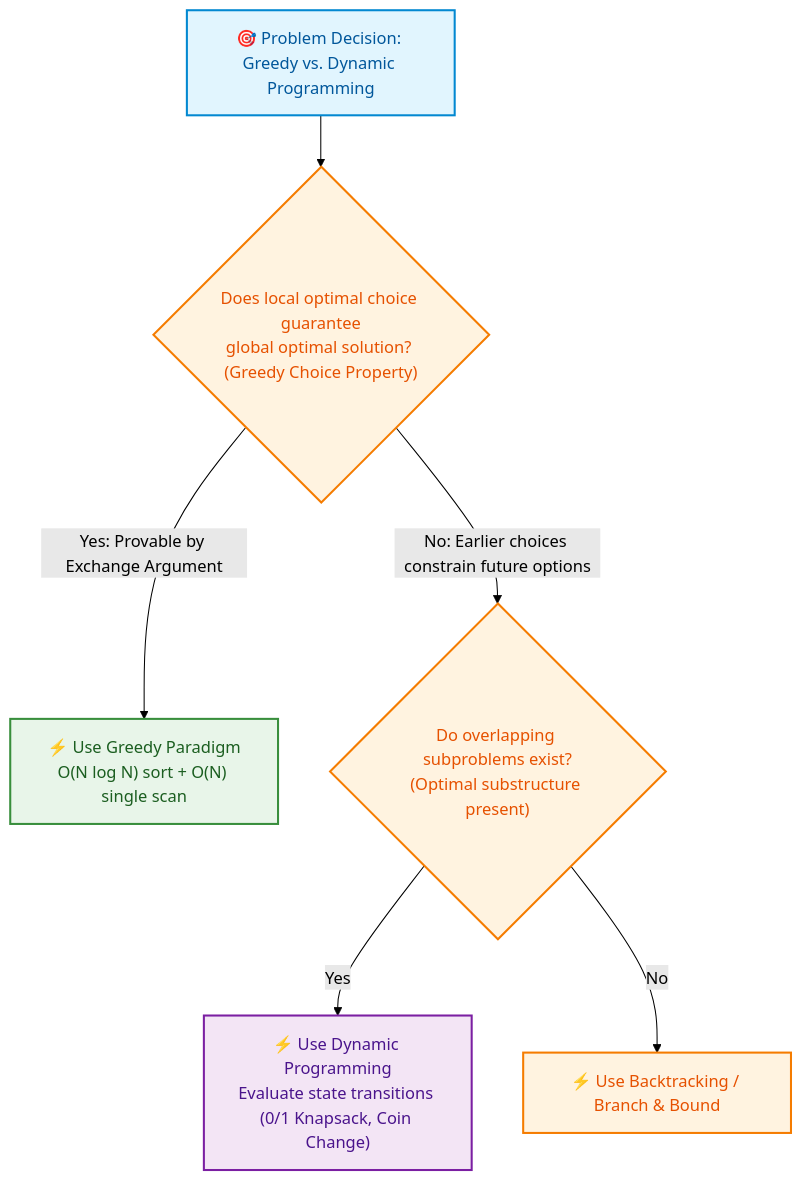
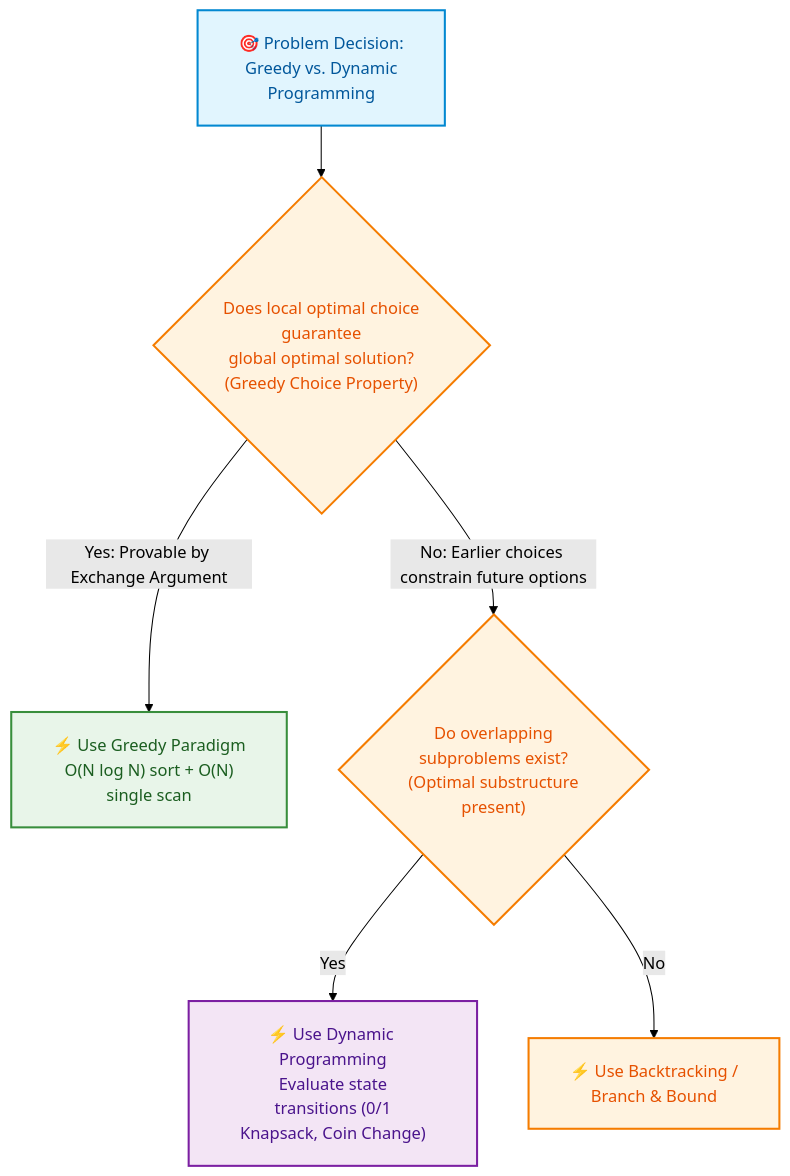
Before and after one commit to dip4k/DSA_102: the second of 4 diagrams in week_12_greedy_and_paradigms/Week_12_Visual_Concepts_Playbook_HYBRID.md, drawn with Mermaid (forest theme). The commit also changed other lines of this file and 108 other files, not shown here.

First line of the commit message:
fix(mermaid): resolve diagram clipping, padding, and syntax issues across repo

````diff
--- a/week_12_greedy_and_paradigms/Week_12_Visual_Concepts_Playbook_HYBRID.md
+++ b/week_12_greedy_and_paradigms/Week_12_Visual_Concepts_Playbook_HYBRID.md
@@ -92,14 +93,15 @@
 ```mermaid
+%%{init: {"flowchart": {"htmlLabels": true, "padding": 20}}}%%
 flowchart TD
     classDef start fill:#e1f5fe,stroke:#0288d1,color:#01579b,stroke-width:2px;
     classDef choice fill:#fff3e0,stroke:#f57c00,color:#e65100,stroke-width:2px;
     classDef gr fill:#e8f5e9,stroke:#388e3c,color:#1b5e20,stroke-width:2px;
     classDef dp fill:#f3e5f5,stroke:#7b1fa2,color:#4a148c,stroke-width:2px;
 
-    R["🎯 Problem Decision: Greedy vs. Dynamic Programming"]:::start
-    R --> Q1{"Does local optimal choice guarantee<br/>global optimal solution? (Greedy Choice Property)"}:::choice
-    Q1 -->|Yes: Provable by Exchange Argument| G["⚡ Use Greedy Paradigm<br/>O(N log N) sort + O(N) single scan"]:::gr
-    Q1 -->|No: Earlier choices constrain future options| Q2{"Do overlapping subproblems exist?<br/>(Optimal substructure present)"}:::choice
-    Q2 -->|Yes| D["⚡ Use Dynamic Programming<br/>Evaluate state transitions (0/1 Knapsack, Coin Change)"]:::dp
-    Q2 -->|No| B["⚡ Use Backtracking / Branch & Bound"]:::choice
+    R["🎯 Problem Decision:<br/>Greedy vs. Dynamic<br/>Programming"]:::start
+    R --> Q1{"Does local optimal choice<br/>guarantee<br/>global optimal solution?<br/>(Greedy Choice Property)"}:::choice
+    Q1 -->|Yes: Provable by Exchange Argument| G["⚡ Use Greedy Paradigm<br/>O(N log N) sort + O(N)<br/>single scan"]:::gr
+    Q1 -->|No: Earlier choices constrain future options| Q2{"Do overlapping<br/>subproblems exist?<br/>(Optimal substructure<br/>present)"}:::choice
+    Q2 -->|Yes| D["⚡ Use Dynamic Programming<br/>Evaluate state<br/>transitions (0/1<br/>Knapsack, Coin Change)"]:::dp
+    Q2 -->|No| B["⚡ Use Backtracking /<br/>Branch & Bound"]:::choice
 ```
````
